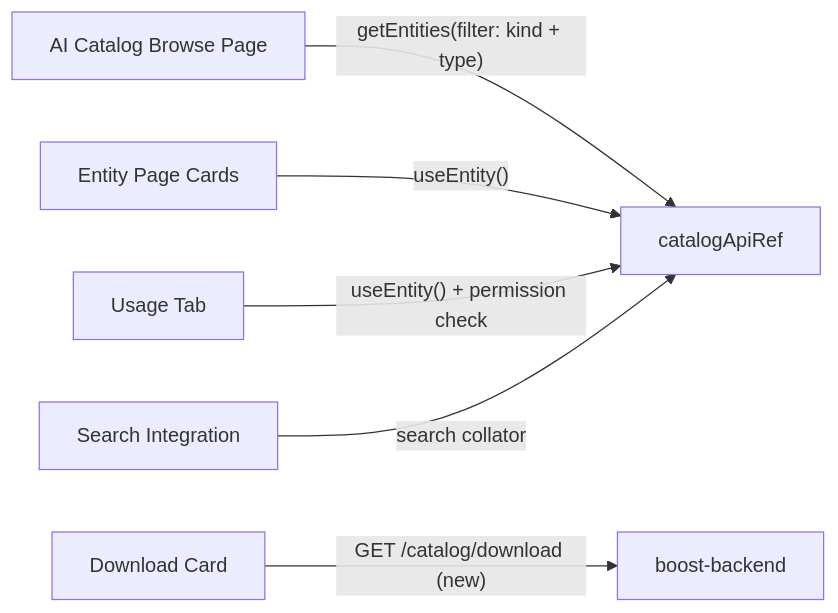
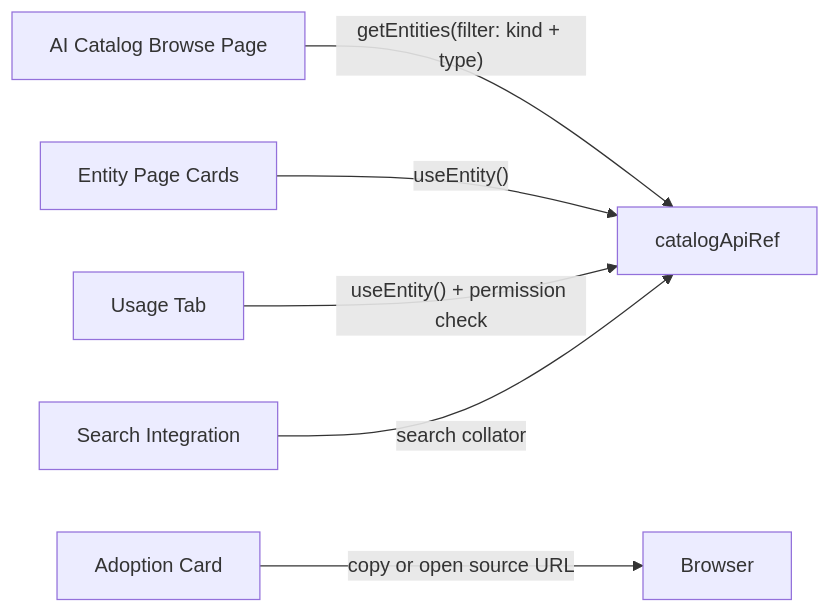
The first of 2 diagrams in workspaces/boost/specifications/boost-frontend-architecture.md (redhat-developer/rhdh-plugins), drawn with Mermaid before and after one commit. The commit also changed other lines of this file and 119 other files, not shown here.

First line of the commit message:
docs(boost): complete workspace and OpenSpec cleanup (#4613)

````diff
--- a/workspaces/boost/specifications/boost-frontend-architecture.md
+++ b/workspaces/boost/specifications/boost-frontend-architecture.md
@@ -95,8 +101,8 @@
 ```mermaid
 flowchart LR
   BrowsePage[AI Catalog Browse Page] -->|"getEntities(filter: kind + type)"| CatalogAPI[catalogApiRef]
   EntityCards[Entity Page Cards] -->|"useEntity()"| CatalogAPI
   UsageTab[Usage Tab] -->|"useEntity() + permission check"| CatalogAPI
-  DownloadCard[Download Card] -->|"GET /catalog/download (new)"| BoostBackend[boost-backend]
+  AdoptionCard[Adoption Card] -->|"copy or open source URL"| Browser[Browser]
   GlobalSearch[Search Integration] -->|"search collator"| CatalogAPI
 ```
````
